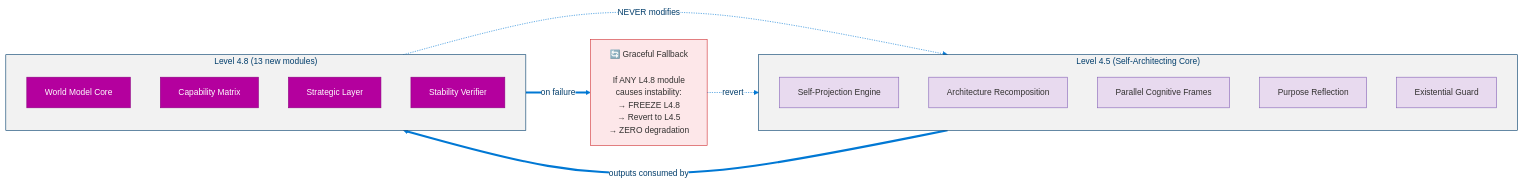
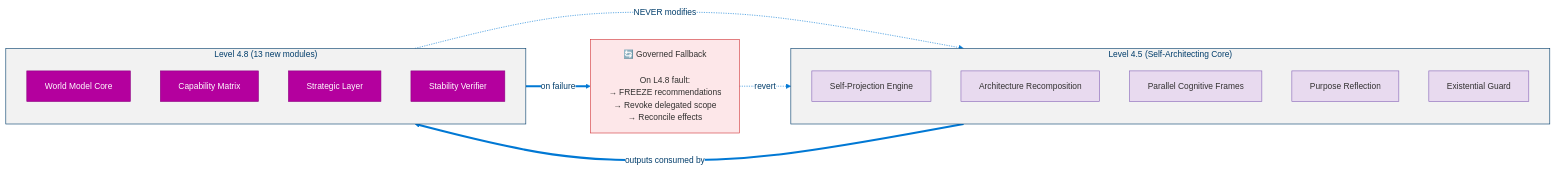
Before and after one commit to dotnetpower/mscp: the second of 17 diagrams in docs/levels/Level_4_8_Strategic_Self_Modeling.md, drawn with Mermaid. The commit also changed other lines of this file and 21 other files, not shown here.

````diff
--- a/docs/levels/Level_4_8_Strategic_Self_Modeling.md
+++ b/docs/levels/Level_4_8_Strategic_Self_Modeling.md
@@ -121,29 +128,29 @@
 ```mermaid
 %%{init: {'theme': 'base', 'themeVariables': {'primaryColor': '#0078D4', 'primaryTextColor': '#003D6B', 'primaryBorderColor': '#003D6B', 'secondaryColor': '#50E6FF', 'secondaryTextColor': '#323130', 'secondaryBorderColor': '#00BCF2', 'tertiaryColor': '#F2F2F2', 'tertiaryTextColor': '#323130', 'lineColor': '#0078D4', 'textColor': '#323130', 'mainBkg': '#DEECF9', 'nodeBorder': '#0078D4', 'clusterBkg': '#F2F2F2', 'clusterBorder': '#003D6B', 'titleColor': '#003D6B', 'edgeLabelBackground': '#FFFFFF', 'fontSize': '14px'}}}%%
 flowchart LR
   classDef l45 fill:#E8DAEF,stroke:#8764B8,color:#323130
   classDef l48 fill:#B4009E,stroke:#8E0082,color:#FFF
   classDef fallback fill:#FDE7E9,stroke:#D13438,color:#323130
 
   subgraph L45["Level 4.5 (Self-Architecting Core)"]
     L45A["Self-Projection Engine"]:::l45
     L45B["Architecture Recomposition"]:::l45
     L45C["Parallel Cognitive Frames"]:::l45
     L45D["Purpose Reflection"]:::l45
     L45E["Existential Guard"]:::l45
   end
 
   subgraph L48["Level 4.8 (13 new modules)"]
     L48A["World Model Core"]:::l48
     L48B["Capability Matrix"]:::l48
     L48C["Strategic Layer"]:::l48
     L48D["Stability Verifier"]:::l48
   end
 
-  FALLBACK["🔄 Graceful Fallback<br/><br/>If ANY L4.8 module<br/>causes instability:<br/>→ FREEZE L4.8<br/>→ Revert to L4.5<br/>→ ZERO degradation"]:::fallback
+  FALLBACK["🔄 Governed Fallback<br/><br/>On L4.8 fault:<br/>→ FREEZE recommendations<br/>→ Revoke delegated scope<br/>→ Reconcile effects"]:::fallback
 
   L45 ==>|"outputs consumed by"| L48
   L48 -.->|"NEVER modifies"| L45
   L48 ==>|"on failure"| FALLBACK
   FALLBACK -.->|"revert"| L45
 ```
````
